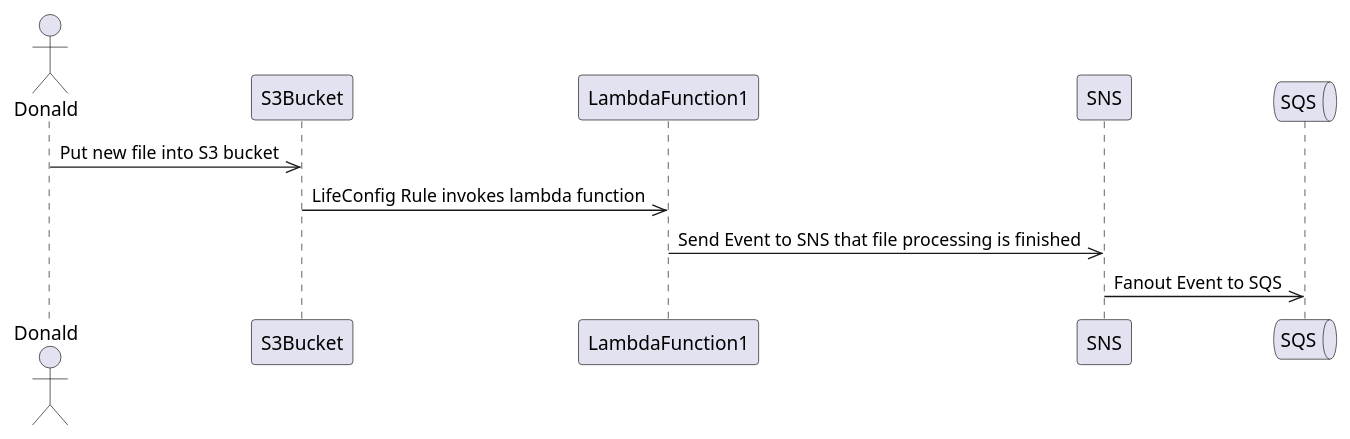
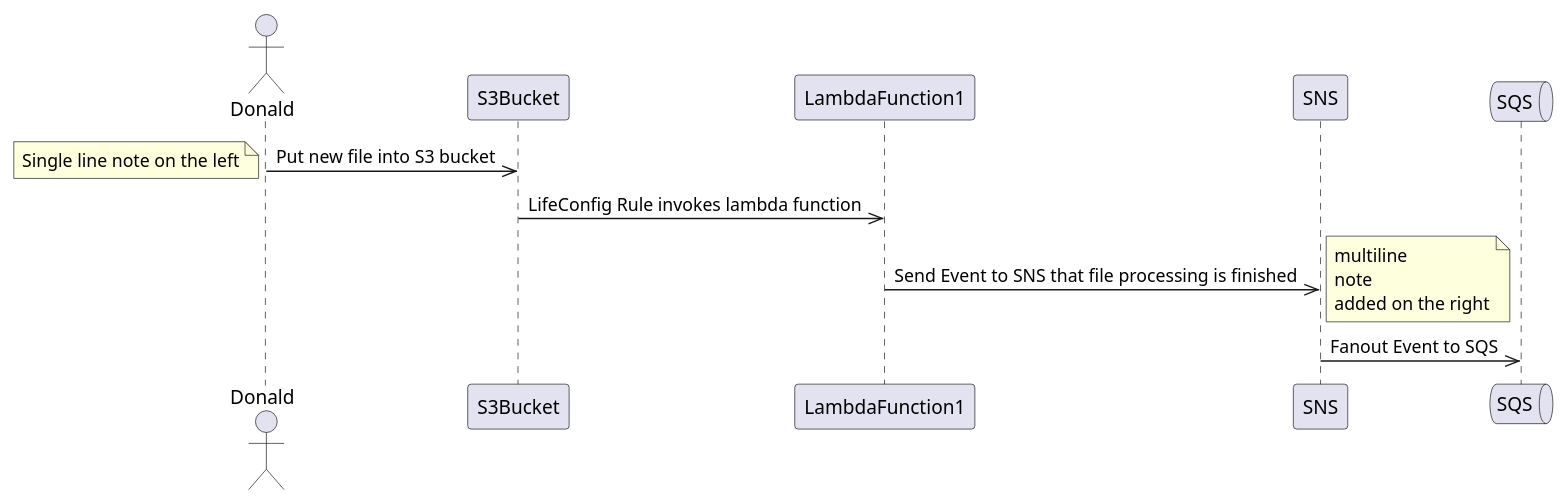
Before and after one commit to tsypuk/multicloud-diagrams: the diagram in samples/samples/file_upload.plantuml, drawn with PlantUML. The commit also changed 3 other files, not shown here.

Commit message:
feat: add parsing single and multi-line notes from UML sequence diagram

```diff
--- a/samples/samples/file_upload.plantuml
+++ b/samples/samples/file_upload.plantuml
@@ -1,12 +1,18 @@
 @startuml
 actor Donald
     participant S3Bucket
     participant LambdaFunction1
     participant SNS
     queue SQS
 
     Donald->>S3Bucket: Put new file into S3 bucket
+    note left: Single line note on the left
     S3Bucket->>LambdaFunction1: LifeConfig Rule invokes lambda function
     LambdaFunction1->>SNS: Send Event to SNS that file processing is finished
+    note right
+    multiline
+    note
+    added on the right
+    end note
     SNS->>SQS: Fanout Event to SQS
 @enduml
```
